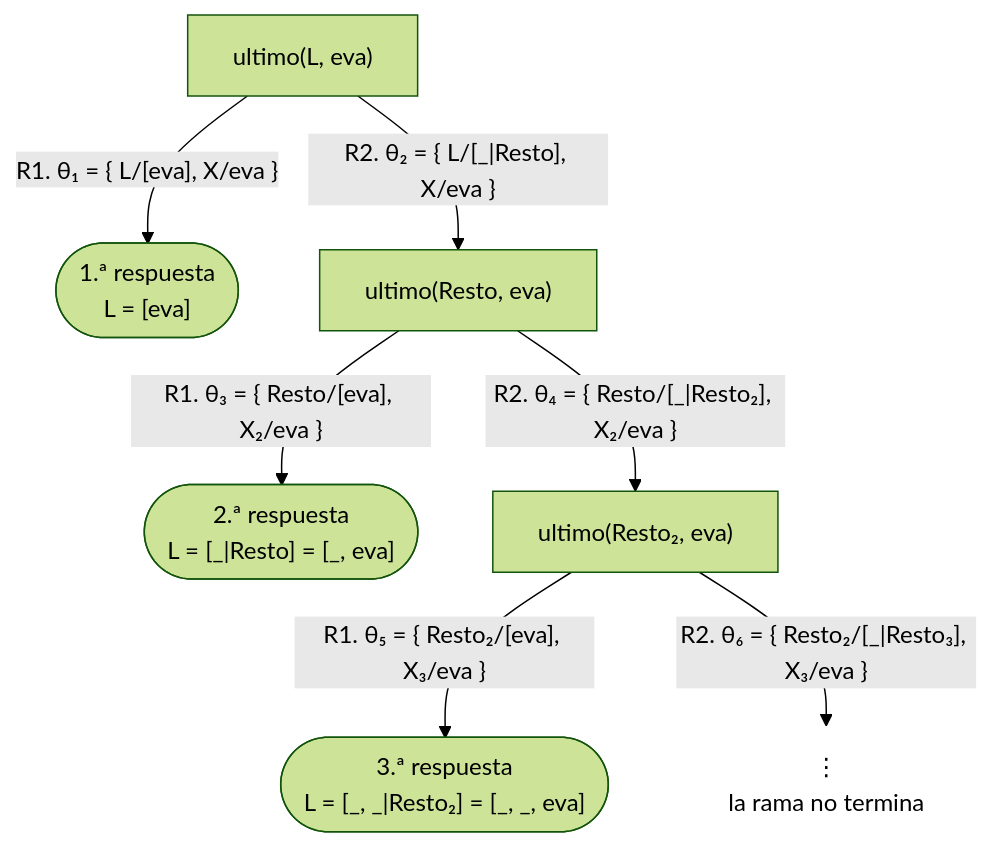
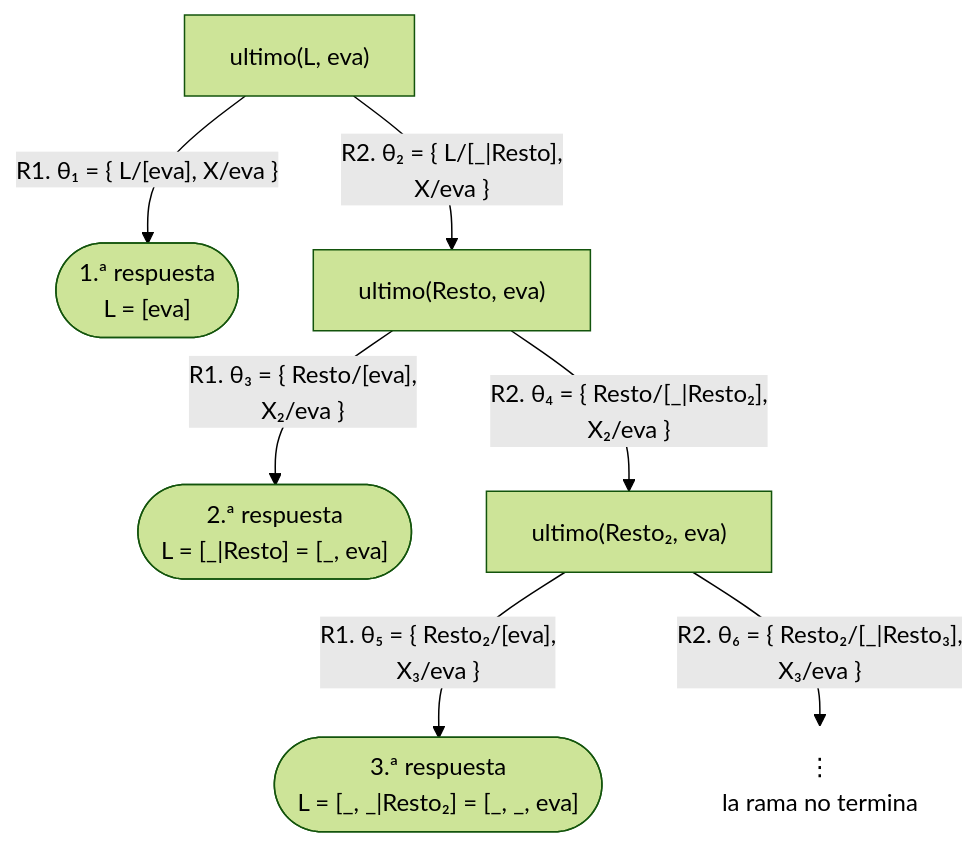
The tenth of 10 diagrams in docs/capitulo-07-listas/index.md (CesarBallardini/curso-de-prolog), drawn with Mermaid (forest theme) before and after one commit. The commit also changed other lines of this file and 24 other files, not shown here.

First line of the commit message:
feat(docs): botones para ocultar las columnas laterales y etiquetas cortas en los diagramas

````diff
--- a/docs/capitulo-07-listas/index.md
+++ b/docs/capitulo-07-listas/index.md
@@ -553,11 +553,11 @@
 ```mermaid
 flowchart TD
     A["ultimo(L, eva)"] -- "R1. θ₁ = {&nbsp;L/[eva], X/eva&nbsp;}" --> S1(["1.ª respuesta<br/>L = [eva]"])
-    A -- "R2. θ₂ = {&nbsp;L/[_|Resto], X/eva&nbsp;}" --> B["ultimo(Resto, eva)"]
-    B -- "R1. θ₃ = {&nbsp;Resto/[eva], X₂/eva&nbsp;}" --> S2(["2.ª respuesta<br/>L = [_|Resto] = [_, eva]"])
-    B -- "R2. θ₄ = {&nbsp;Resto/[_|Resto₂], X₂/eva&nbsp;}" --> C["ultimo(Resto₂, eva)"]
-    C -- "R1. θ₅ = {&nbsp;Resto₂/[eva], X₃/eva&nbsp;}" --> S3(["3.ª respuesta<br/>L = [_, _|Resto₂] = [_, _, eva]"])
-    C -- "R2. θ₆ = {&nbsp;Resto₂/[_|Resto₃], X₃/eva&nbsp;}" --> D["⋮<br/>la rama no termina"]
+    A -- "R2. θ₂ = {&nbsp;L/[_|Resto],<br/>X/eva&nbsp;}" --> B["ultimo(Resto, eva)"]
+    B -- "R1. θ₃ = {&nbsp;Resto/[eva],<br/>X₂/eva&nbsp;}" --> S2(["2.ª respuesta<br/>L = [_|Resto] = [_, eva]"])
+    B -- "R2. θ₄ = {&nbsp;Resto/[_|Resto₂],<br/>X₂/eva&nbsp;}" --> C["ultimo(Resto₂, eva)"]
+    C -- "R1. θ₅ = {&nbsp;Resto₂/[eva],<br/>X₃/eva&nbsp;}" --> S3(["3.ª respuesta<br/>L = [_, _|Resto₂] = [_, _, eva]"])
+    C -- "R2. θ₆ = {&nbsp;Resto₂/[_|Resto₃],<br/>X₃/eva&nbsp;}" --> D["⋮<br/>la rama no termina"]
     classDef abierto fill:none,stroke:none;
     class D abierto;
 ```
````
